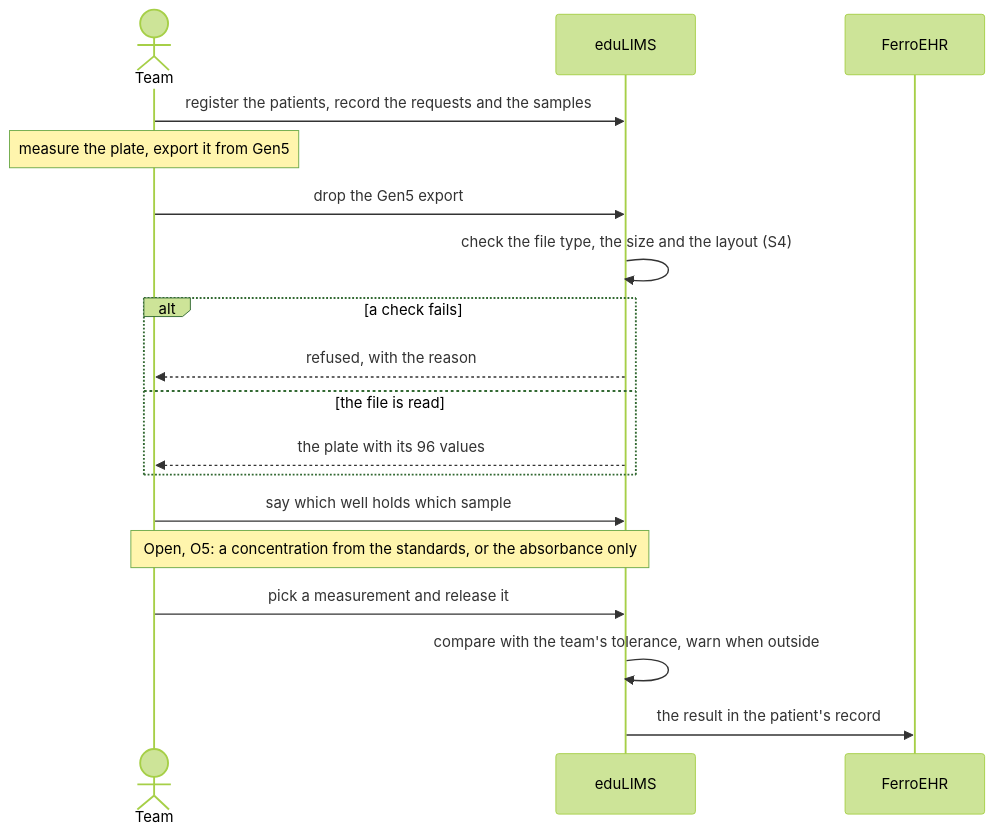
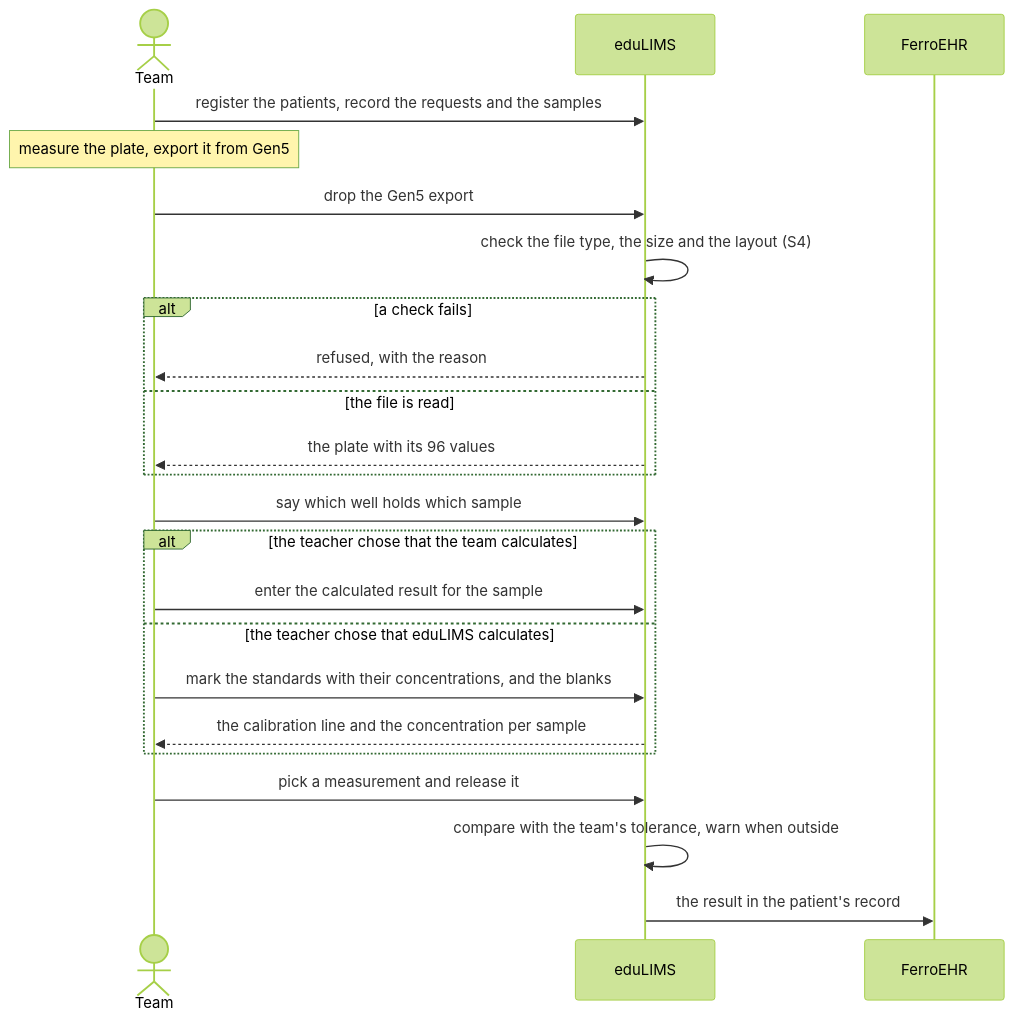
Before and after one commit to Vernum-Projecten/eduLIMS: the fourth of 5 diagrams in docs/lims-workflow.md, drawn with Mermaid (forest theme). The commit also changed other lines of this file and 4 other files, not shown here.

First line of the commit message:
docs: the teacher chooses per test who calculates the concentration (#279)

````diff
--- a/docs/lims-workflow.md
+++ b/docs/lims-workflow.md
@@ -165,21 +165,26 @@
 ```mermaid
 sequenceDiagram
     actor T as Team
     participant E as eduLIMS
     participant F as FerroEHR
 
     T->>E: register the patients, record the requests and the samples
     Note over T: measure the plate, export it from Gen5
     T->>E: drop the Gen5 export
     E->>E: check the file type, the size and the layout (S4)
     alt a check fails
         E-->>T: refused, with the reason
     else the file is read
         E-->>T: the plate with its 96 values
     end
     T->>E: say which well holds which sample
-    Note over T,E: Open, O5: a concentration from the standards, or the absorbance only
+    alt the teacher chose that the team calculates
+        T->>E: enter the calculated result for the sample
+    else the teacher chose that eduLIMS calculates
+        T->>E: mark the standards with their concentrations, and the blanks
+        E-->>T: the calibration line and the concentration per sample
+    end
     T->>E: pick a measurement and release it
     E->>E: compare with the team's tolerance, warn when outside
     E->>F: the result in the patient's record
 ```
````
